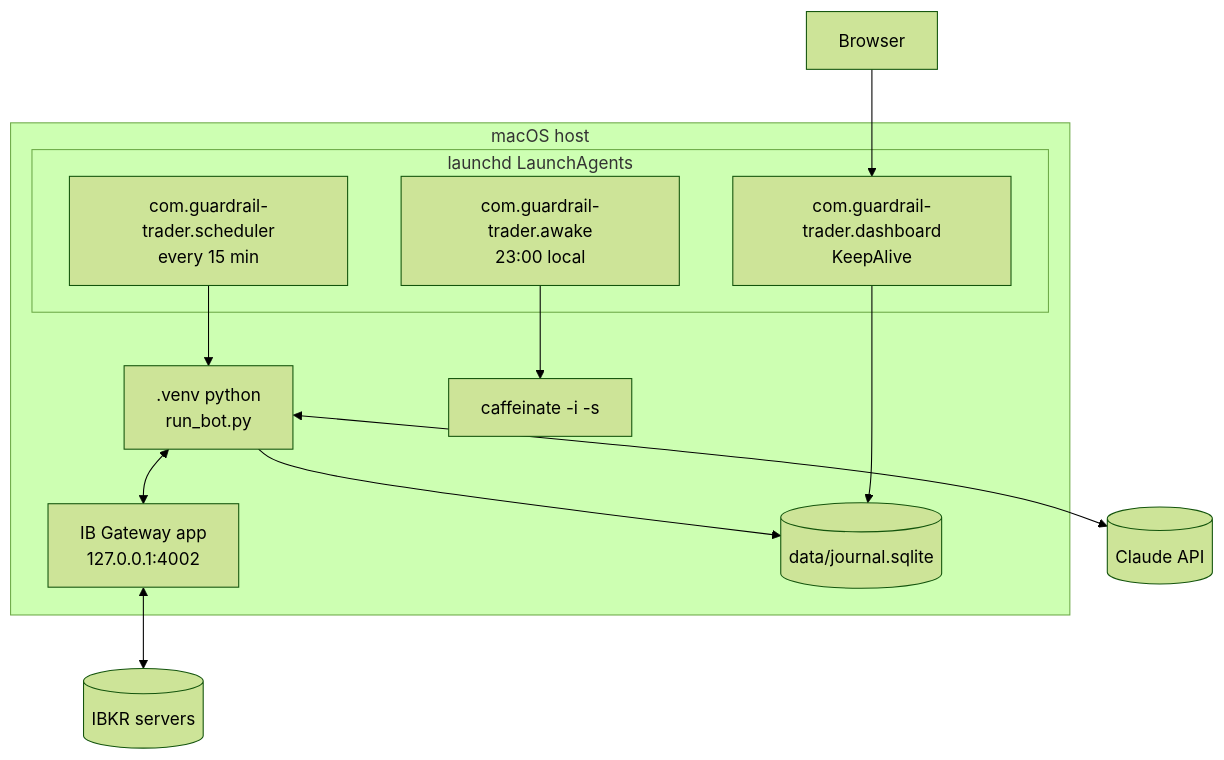
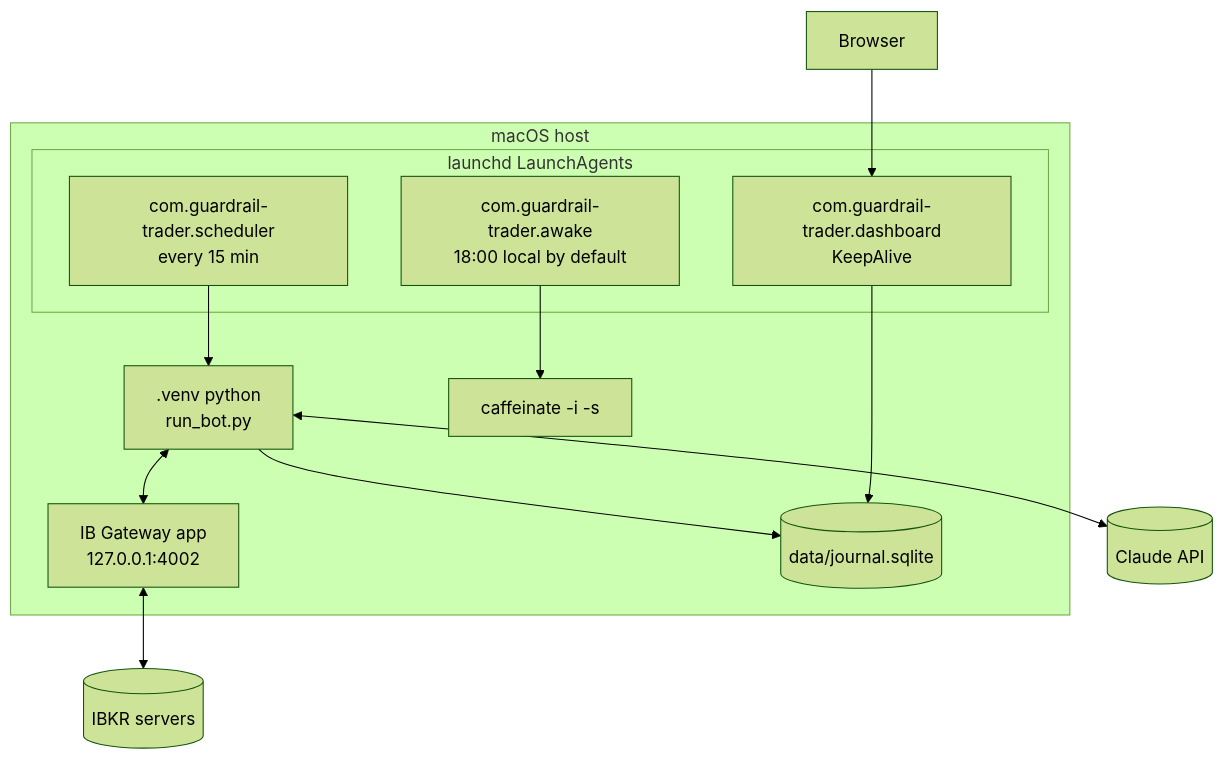
One commit to saifulislamamiyo/guardrail-trader changed the first of 2 diagrams in docs/architecture.md. Above: the diagram before and after it, drawn with Mermaid (forest theme). The commit also changed 4 other files, not shown here.

First line of the commit message:
Keep-awake: start at 18:00 by default, configurable via KEEP_AWAKE_START (#18)

````diff
--- a/docs/architecture.md
+++ b/docs/architecture.md
@@ -20,19 +20,19 @@
 ```mermaid
 flowchart TB
     subgraph mac[macOS host]
         subgraph la[launchd LaunchAgents]
             SCH[com.guardrail-trader.scheduler<br/>every 15 min]
             DSH[com.guardrail-trader.dashboard<br/>KeepAlive]
-            AWK[com.guardrail-trader.awake<br/>23:00 local]
+            AWK[com.guardrail-trader.awake<br/>18:00 local by default]
         end
         GW[IB Gateway app<br/>127.0.0.1:4002]
         SCH --> RUN[.venv python<br/>run_bot.py]
         RUN <--> GW
         RUN --> DB[(data/journal.sqlite)]
         DSH --> DB
         AWK --> CAF[caffeinate -i -s]
     end
     GW <--> IBKR[(IBKR servers)]
     RUN <--> LLM[(Claude API)]
     YOU[Browser] --> DSH
 ```
````
